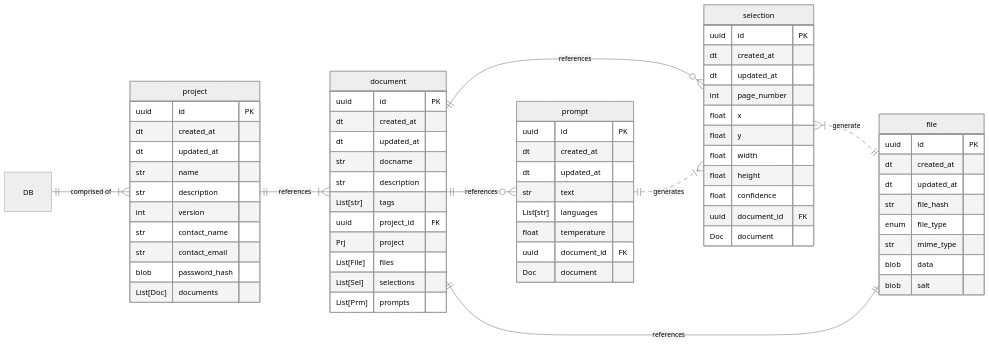
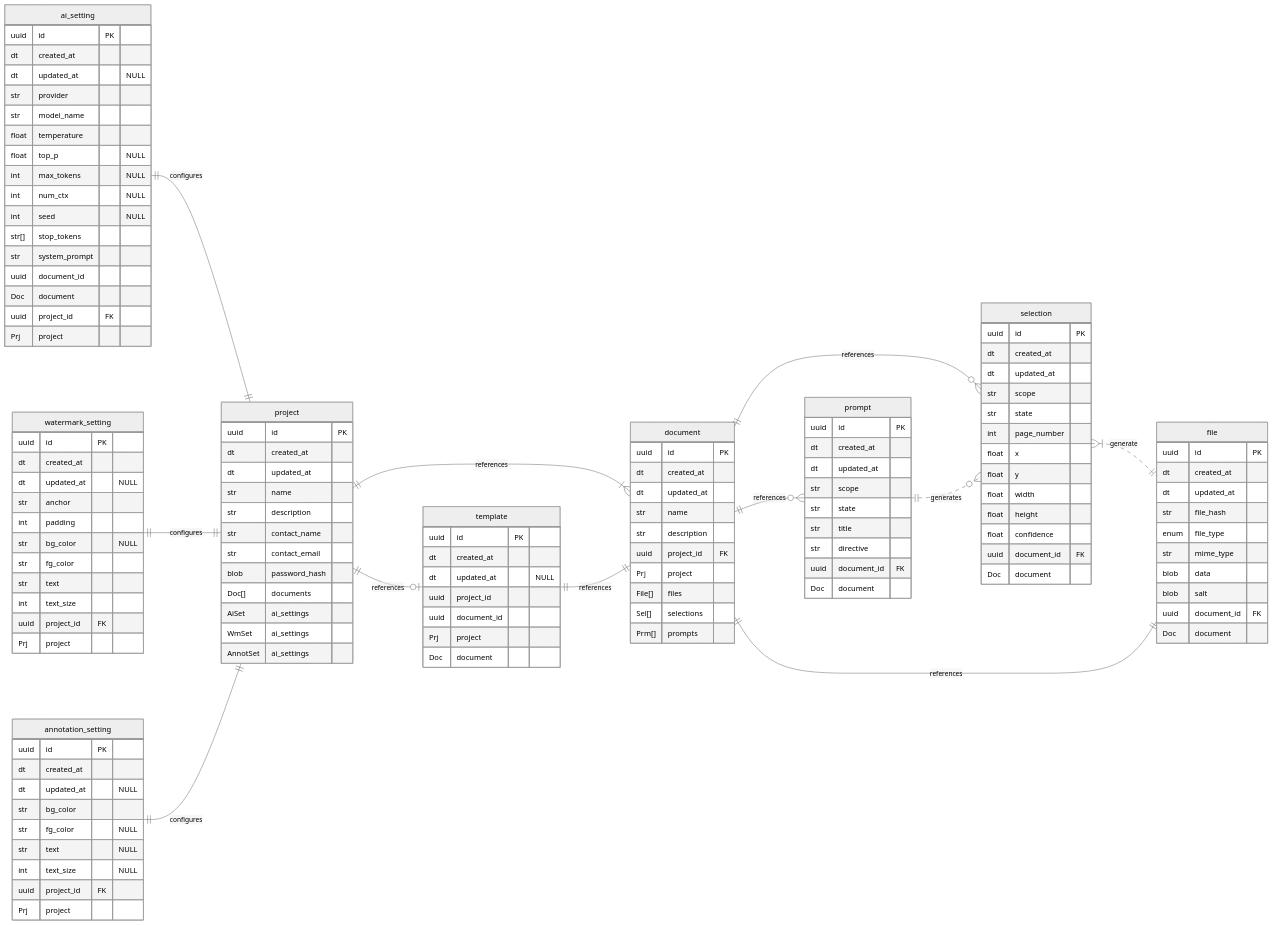
One commit to RamonOpazo/sero changed the diagram in docs/entity-relationship.md. Above: the diagram before and after it, drawn with Mermaid (neutral theme). The commit also changed 15 other files, not shown here.

Commit message:
feat(schemas): remove tags; add scope/state to prompts and selections with back-compat computed fields

````diff
--- a/docs/entity-relationship.md
+++ b/docs/entity-relationship.md
@@ -8,25 +8,26 @@
         dt updated_at
         str name
         str description
-        int version
         str contact_name
         str contact_email
         blob password_hash
-        List[Doc] documents
+        Doc[] documents
+        AiSet ai_settings
+        WmSet ai_settings
+        AnnotSet ai_settings
     }
 
     document {
         uuid id PK
         dt created_at
         dt updated_at
-        str docname
+        str name
         str description
-        List[str] tags
         uuid project_id FK
         Prj project
-        List[File] files
-        List[Sel] selections
-        List[Prm] prompts
+        File[] files
+        Sel[] selections
+        Prm[] prompts
     }
 
     file {
@@ -38,12 +39,16 @@
         str mime_type
         blob data
         blob salt
+        uuid document_id FK
+        Doc document
     }
 
     selection {
         uuid id PK
         dt created_at
         dt updated_at
+        str scope
+        str state
         int page_number
         float x
         float y
@@ -58,18 +63,80 @@
         uuid id PK
         dt created_at
         dt updated_at
-        str text
-        List[str] languages
-        float temperature
+        str scope
+        str state
+        str title
+        str directive
         uuid document_id FK
         Doc document
     }
 
-    DB ||--|{ project : "comprised of"
+    watermark_setting {
+        uuid id PK
+        dt created_at
+        dt updated_at "NULL"
+        str anchor
+        int padding
+        str bg_color "NULL"
+        str fg_color
+        str text
+        int text_size
+        uuid project_id FK
+        Prj project
+    }
+
+    annotation_setting {
+        uuid id PK
+        dt created_at
+        dt updated_at "NULL"
+        str bg_color
+        str fg_color "NULL"
+        str text "NULL"
+        int text_size "NULL"
+        uuid project_id FK
+        Prj project
+    }
+
+    ai_setting {
+        uuid id PK
+        dt created_at
+        dt updated_at "NULL"
+        str provider
+        str model_name
+        float temperature
+        float top_p "NULL"
+        int max_tokens "NULL"
+        int num_ctx "NULL"
+        int seed "NULL"
+        str[] stop_tokens
+        str system_prompt
+        uuid document_id
+        Doc document
+        uuid project_id FK
+        Prj project
+    }
+
+    template {
+        uuid id PK
+        dt created_at
+        dt updated_at "NULL"
+        uuid project_id
+        uuid document_id
+        Prj project
+        Doc document
+    }
+
     project ||--|{ document : references
+    project ||--O| template : references
     file ||--|| document : references
+    template ||--|| document : references
+
+    ai_setting ||--|| project : configures
+    watermark_setting ||--|| project : configures
+    annotation_setting ||--|| project : configures
+    
     document||--O{ selection : references
     document ||--O{ prompt : references
-    prompt ||..|{ selection : generates
+    prompt ||..O{ selection : generates
     selection }|..|| file : generate
 ```
````
